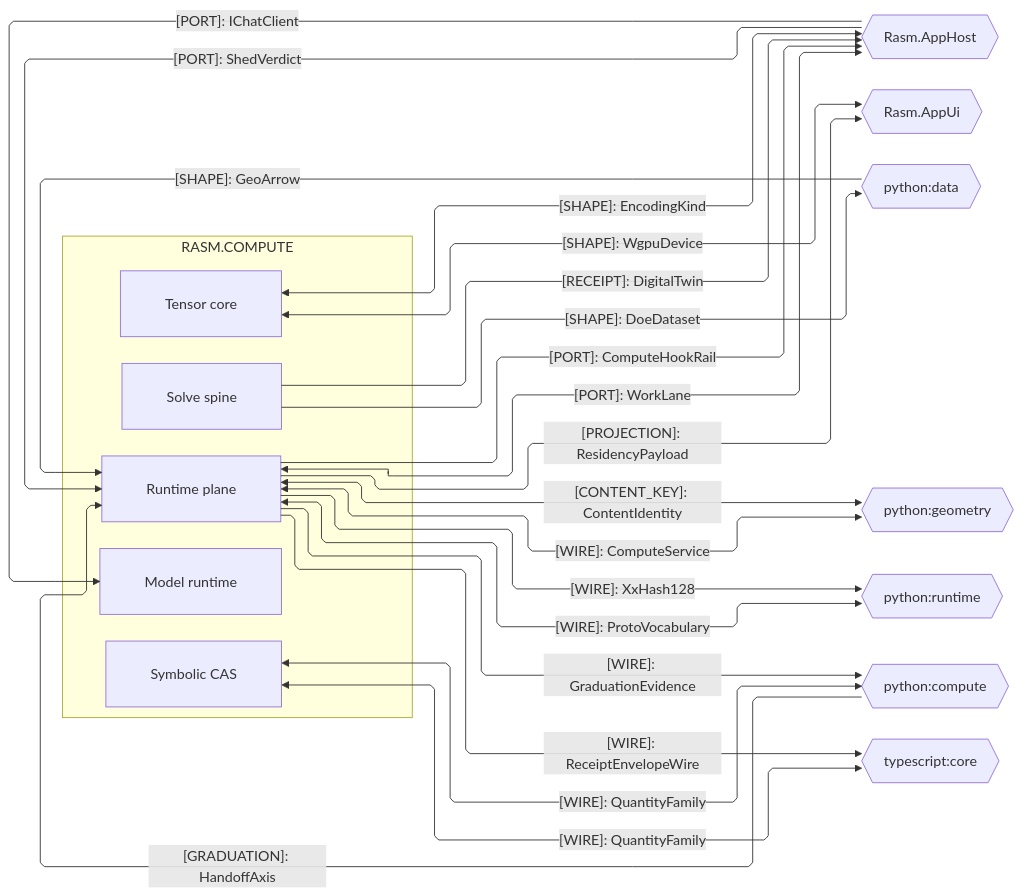
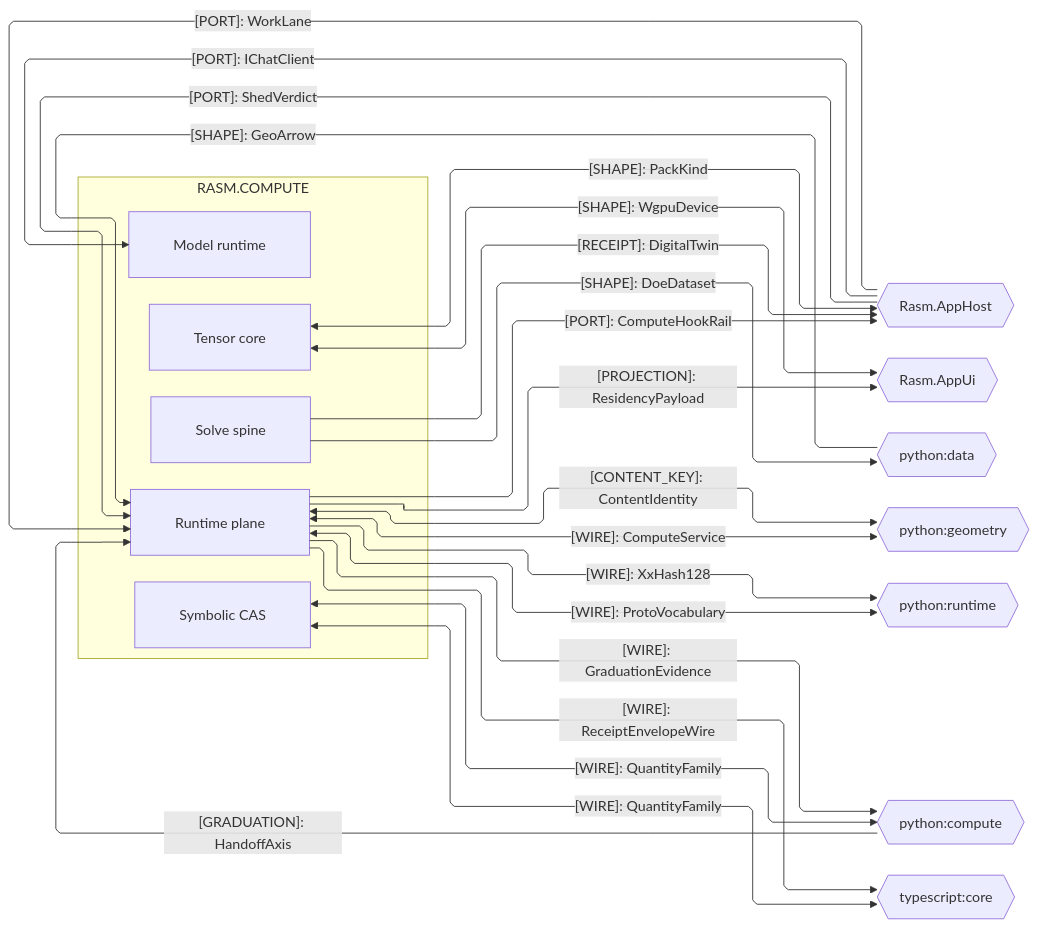
One commit to bsamiee/Rasm changed the third of 4 diagrams in libs/csharp/Rasm.Compute/ARCHITECTURE.md. Above: the diagram before and after it, drawn with Mermaid. The commit also changed other lines of this file and 138 other files, not shown here.

````diff
--- a/libs/csharp/Rasm.Compute/ARCHITECTURE.md
+++ b/libs/csharp/Rasm.Compute/ARCHITECTURE.md
@@ -197,45 +198,45 @@
 ```mermaid
 ---
 config:
   layout: elk
   flowchart:
     curve: linear
     padding: 25
 ---
 flowchart LR
     accTitle: Compute platform and cross-runtime seams
     accDescr: Compute owners exchanging port, receipt, projection, wire, content-key, and graduation contracts with platform and cross-runtime peers.
     subgraph compute[RASM.COMPUTE]
         Model[Model runtime]
         Tensor[Tensor core]
         Solver[Solve spine]
         Runtime[Runtime plane]
         Symbolic[Symbolic CAS]
     end
     AppHost{{Rasm.AppHost}}
     AppUi{{Rasm.AppUi}}
     Data{{python:data}}
     Geometry{{python:geometry}}
     PyRuntime{{python:runtime}}
     Compute{{python:compute}}
     Core{{typescript:core}}
-    Runtime e1@<-->|"[PORT]: WorkLane"| AppHost
+    AppHost e1@-->|"[PORT]: WorkLane"| Runtime
     AppHost e2@-->|"[PORT]: IChatClient"| Model
     AppHost e17@-->|"[PORT]: ShedVerdict"| Runtime
     Solver e3@-->|"[RECEIPT]: DigitalTwin"| AppHost
-    Tensor e4@<-->|"[SHAPE]: EncodingKind"| AppHost
+    Tensor e4@<-->|"[SHAPE]: PackKind"| AppHost
     Runtime e15@-->|"[PORT]: ComputeHookRail"| AppHost
     Runtime e5@-->|"[PROJECTION]: ResidencyPayload"| AppUi
     Tensor e6@<-->|"[SHAPE]: WgpuDevice"| AppUi
     Runtime e8@<-->|"[WIRE]: ComputeService"| Geometry
     Runtime e18@<-->|"[CONTENT_KEY]: ContentIdentity"| Geometry
     Runtime e9@<-->|"[WIRE]: ProtoVocabulary"| PyRuntime
     Runtime e19@-->|"[WIRE]: XxHash128"| PyRuntime
     Compute e10@-->|"[GRADUATION]: HandoffAxis"| Runtime
     Runtime e11@-->|"[WIRE]: GraduationEvidence"| Compute
     Symbolic e12@<-->|"[WIRE]: QuantityFamily"| Compute
     Solver e13@-->|"[SHAPE]: DoeDataset"| Data
     Data e20@-->|"[SHAPE]: GeoArrow"| Runtime
     Runtime e14@-->|"[WIRE]: ReceiptEnvelopeWire"| Core
     Symbolic e16@<-->|"[WIRE]: QuantityFamily"| Core
 ```
````
